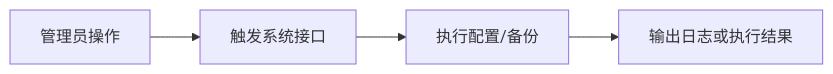
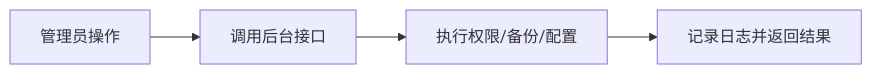
One commit to guoyc666/aicourse changed diagram 11 of 11 in docs/详细设计说明书.md. Above: the diagram before and after it, drawn with Mermaid. The commit also changed other lines of this file and 12 other files, not shown here.

````diff
--- a/docs/详细设计说明书.md
+++ b/docs/详细设计说明书.md
@@ -424,6 +377,6 @@
    ```mermaid
    flowchart LR
-       A[管理员操作] --> B[触发系统接口]
-       B --> C[执行配置/备份]
-       C --> D[输出日志或执行结果]
+       A[管理员操作] --> B[调用后台接口]
+       B --> C[执行权限/备份/配置]
+       C --> D[记录日志并返回结果]
    ```
````
